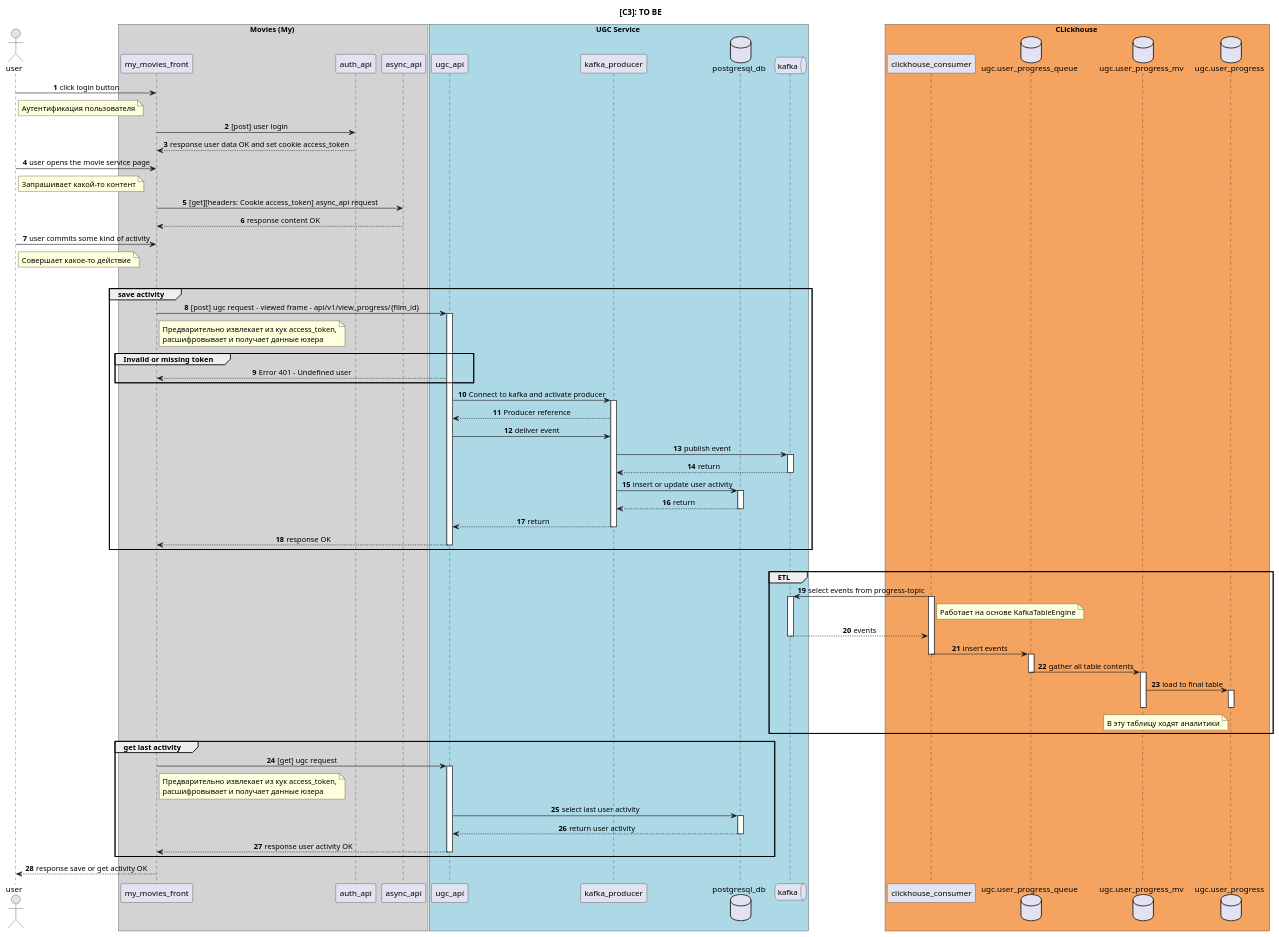
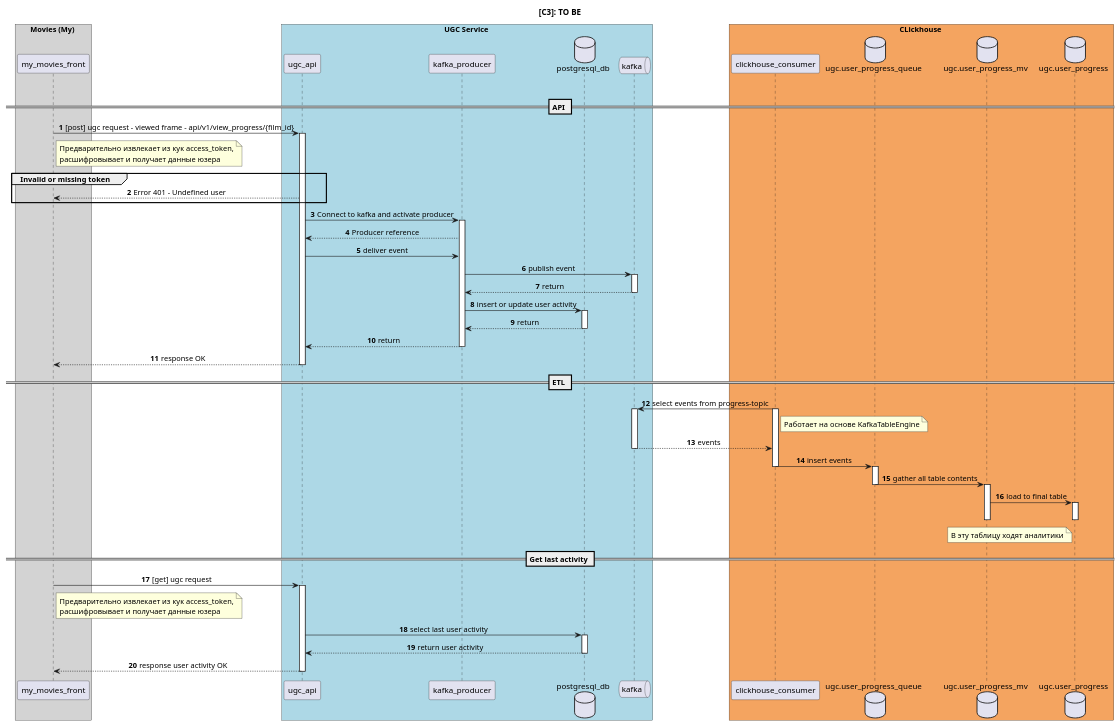
Before and after one commit to wiky-avis/movies_ugc_service: the diagram in docs/to_be/с3_to_be.puml, drawn with PlantUML. The commit also changed 1 other file, not shown here.

```diff
--- a/docs/to_be/с3_to_be.puml
+++ b/docs/to_be/с3_to_be.puml
@@ -1,126 +1,99 @@
 @startuml
 
 title [C3]: TO BE
 
 autonumber
 skinparam sequenceMessageAlign center
 
-actor user as user
-
 box Movies (My) #LightGray
 participant my_movies_front as my_movies_front
-participant auth_api as auth_api
-participant async_api as async_api
 end box
-
-user -> my_movies_front : click login button
-note right of user
-Аутентификация пользователя
-end note
-my_movies_front -> auth_api : [post] user login
-my_movies_front <-- auth_api: response user data OK and set cookie access_token
-user -> my_movies_front : user opens the movie service page
-note right of user
-Запрашивает какой-то контент
-end note
-my_movies_front -> async_api : [get][headers: Cookie access_token] async_api request
-my_movies_front <-- async_api: response content OK
-user -> my_movies_front : user commits some kind of activity
-note right of user
-Совершает какое-то действие
-end note
 
 |||
 
 box UGC Service #lightBlue
 participant ugc_api as ugc_api
 participant kafka_producer as kafka_producer
 database postgresql_db as postgresql_db
 queue kafka as kafka
 participant clickhouse_consumer as clickhouse_consumer
 database ugc.user_progress as ugc.user_progress
 end box
 
+== API ==
 
-group save activity
 my_movies_front -> ugc_api: [post] ugc request - viewed frame - api/v1/view_progress/{film_id}
 note right of my_movies_front
 Предварительно извлекает из кук access_token,
 расшифровывает и получает данные юзера
 end note
 activate ugc_api
 
 group Invalid or missing token
 my_movies_front <-- ugc_api: Error 401 - Undefined user
 end
 
 ugc_api -> kafka_producer: Connect to kafka and activate producer
 activate kafka_producer
 ugc_api <-- kafka_producer: Producer reference
 ugc_api -> kafka_producer: deliver event
 kafka_producer -> kafka: publish event
 activate kafka
 kafka_producer <-- kafka: return
 deactivate kafka
 kafka_producer -> postgresql_db: insert or update user activity
 activate postgresql_db
 kafka_producer <-- postgresql_db: return
 deactivate postgresql_db
 ugc_api <-- kafka_producer: return
 deactivate kafka_producer
 my_movies_front <-- ugc_api: response OK
 deactivate ugc_api
-end
 
-|||
+== ETL ==
 
 box CLickhouse #SandyBrown
 participant clickhouse_consumer as clickhouse_consumer
 database ugc.user_progress_queue as ugc.user_progress_queue
 database ugc.user_progress_mv as ugc.user_progress_mv
 database ugc.user_progress as ugc.user_progress
 end box
 
-group ETL
 kafka <- clickhouse_consumer: select events from progress-topic
 note right of clickhouse_consumer
 Работает на основе KafkaTableEngine
 end note
 activate kafka
 activate clickhouse_consumer
 kafka --> clickhouse_consumer: events
 deactivate kafka
 clickhouse_consumer -> ugc.user_progress_queue: insert events
 deactivate clickhouse_consumer
 activate ugc.user_progress_queue
 ugc.user_progress_queue -> ugc.user_progress_mv: gather all table contents
 deactivate ugc.user_progress_queue
 activate ugc.user_progress_mv
 ugc.user_progress_mv -> ugc.user_progress: load to final table
 note left of ugc.user_progress
 В эту таблицу ходят аналитики
 end note
 activate ugc.user_progress
 deactivate ugc.user_progress_mv
 deactivate ugc.user_progress
-end
 
 
-group get last activity
+== Get last activity ==
 my_movies_front -> ugc_api: [get] ugc request
 note right of my_movies_front
 Предварительно извлекает из кук access_token,
 расшифровывает и получает данные юзера
 end note
 activate ugc_api
 ugc_api -> postgresql_db: select last user activity
 activate postgresql_db
 ugc_api <-- postgresql_db: return user activity
 deactivate postgresql_db
 my_movies_front <-- ugc_api: response user activity OK
 deactivate ugc_api
-end
-
-user <-- my_movies_front: response save or get activity OK
 
 @enduml
```
